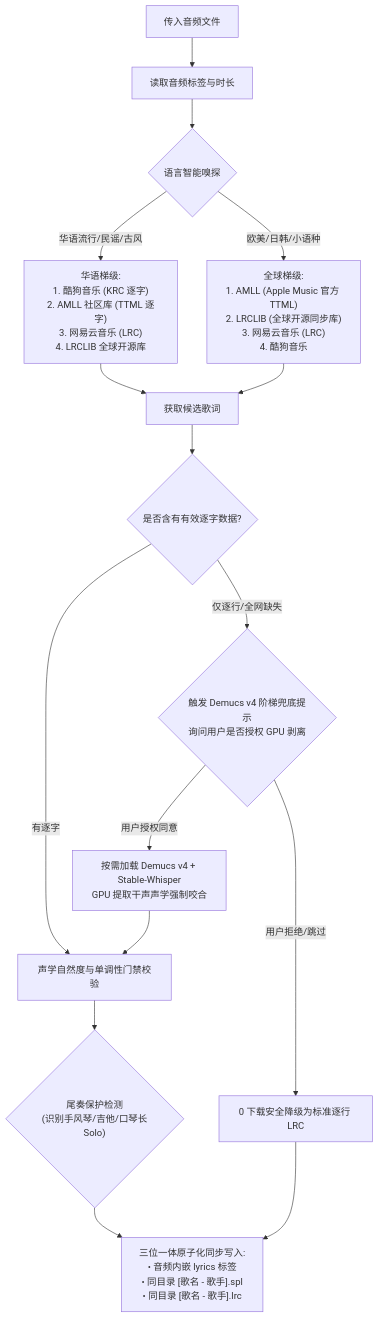
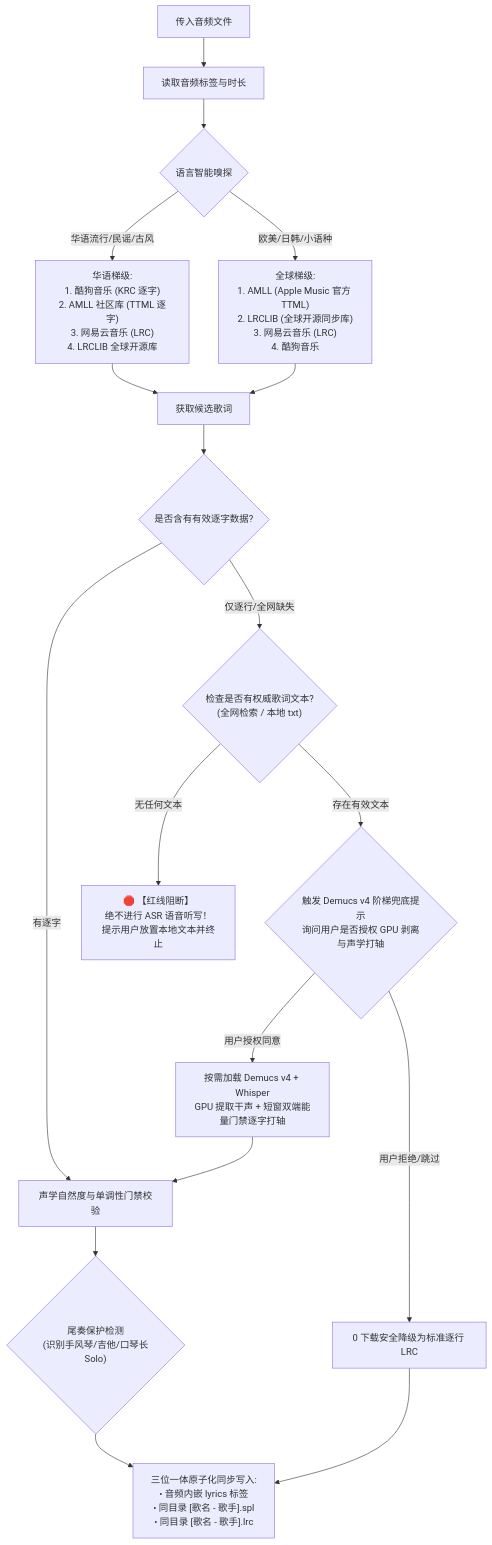
One commit to sxsxhhi/music-tag-lyrics changed the diagram in SKILL.md. Above: the diagram before and after it, drawn with Mermaid. The commit also changed other lines of this file and 4 other files, not shown here.

Commit message:
feat(core): v1.2.0 upgrade - Demucs v4 acoustic aligner, dual-ended energy gates, pause gap tags, and absolute red-line guard against blind ASR transcription

````diff
--- a/SKILL.md
+++ b/SKILL.md
@@ -28,23 +29,26 @@
 ```mermaid
 flowchart TD
     Start["传入音频文件"] --> ReadTag["读取音频标签与时长"]
     ReadTag --> Lang{"语言智能嗅探"}
     
     Lang -->|华语流行/民谣/古风| CN["华语梯级:<br/>1. 酷狗音乐 (KRC 逐字)<br/>2. AMLL 社区库 (TTML 逐字)<br/>3. 网易云音乐 (LRC)<br/>4. LRCLIB 全球开源库"]
     Lang -->|欧美/日韩/小语种| Global["全球梯级:<br/>1. AMLL (Apple Music 官方 TTML)<br/>2. LRCLIB (全球开源同步库)<br/>3. 网易云音乐 (LRC)<br/>4. 酷狗音乐"]
     
     CN --> Fetch["获取候选歌词"]
     Global --> Fetch
     
     Fetch --> CheckVerbatim{"是否含有有效逐字数据?"}
     CheckVerbatim -->|有逐字| Valid["声学自然度与单调性门禁校验"]
-    CheckVerbatim -->|仅逐行/全网缺失| FallbackPrompt{"触发 Demucs v4 阶梯兜底提示<br/>询问用户是否授权 GPU 剥离"}
+    CheckVerbatim -->|仅逐行/全网缺失| TextCheck{"检查是否有权威歌词文本?<br/>(全网检索 / 本地 txt)"}
     
-    FallbackPrompt -->|用户授权同意| DemucsGPU["按需加载 Demucs v4 + Stable-Whisper<br/>GPU 提取干声声学强制咬合"]
+    TextCheck -->|无任何文本| RedLineBlock["🛑 【红线阻断】<br/>绝不进行 ASR 语音听写！<br/>提示用户放置本地文本并终止"]
+    TextCheck -->|存在有效文本| FallbackPrompt{"触发 Demucs v4 阶梯兜底提示<br/>询问用户是否授权 GPU 剥离与声学打轴"}
+    
+    FallbackPrompt -->|用户授权同意| DemucsGPU["按需加载 Demucs v4 + Whisper<br/>GPU 提取干声 + 短窗双端能量门禁逐字打轴"]
     FallbackPrompt -->|用户拒绝/跳过| SafeLRC["0 下载安全降级为标准逐行 LRC"]
     
     DemucsGPU --> Valid
     SafeLRC --> Export
     Valid --> OutroCheck{"尾奏保护检测<br/>(识别手风琴/吉他/口琴长Solo)"}
     OutroCheck --> Export["三位一体原子化同步写入:<br/>• 音频内嵌 lyrics 标签<br/>• 同目录 [歌名 - 歌手].spl<br/>• 同目录 [歌名 - 歌手].lrc"]
 ```
````
